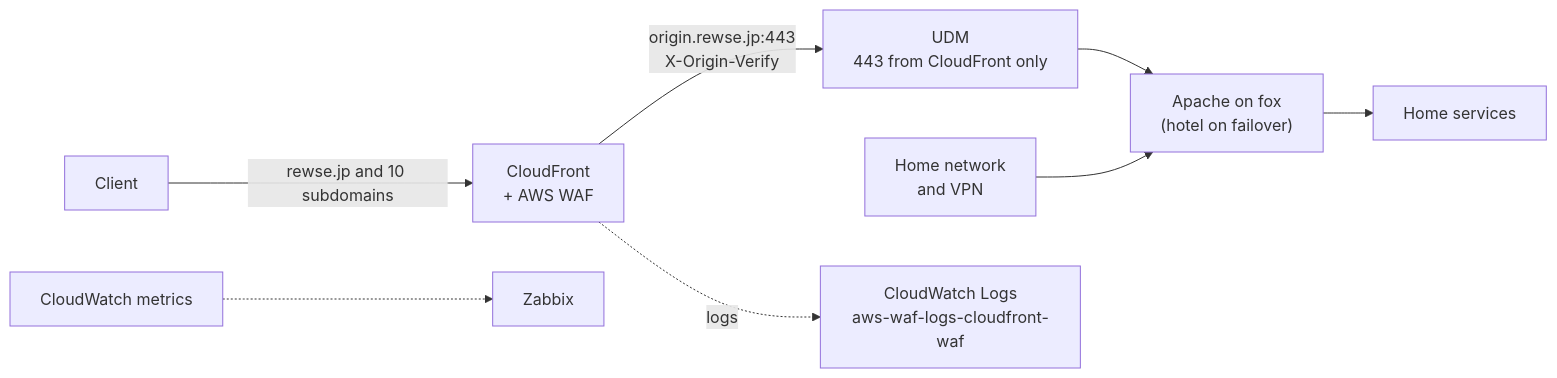
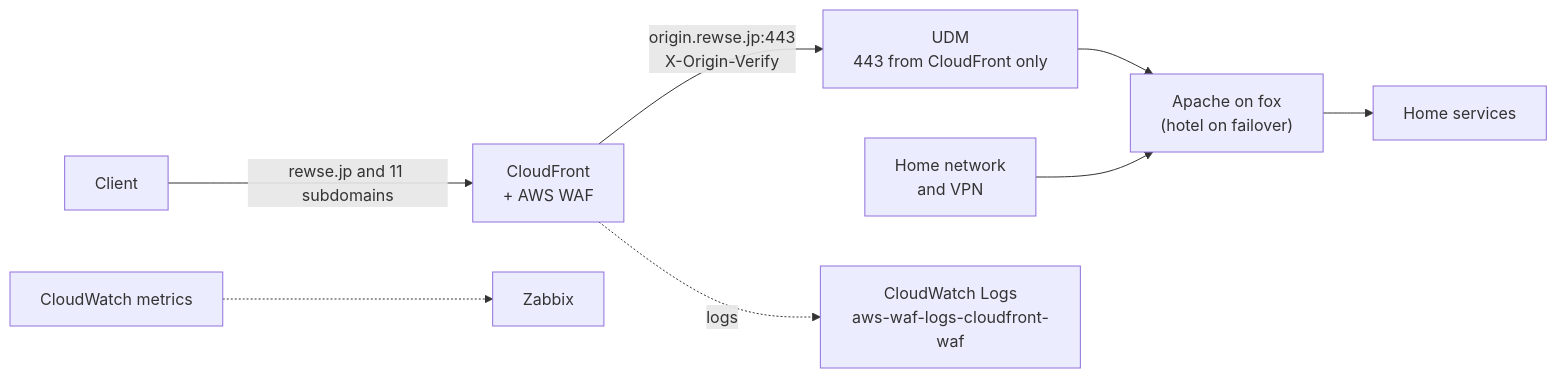
Before and after one commit to rewse/cloudfront-waf: the diagram in README.md, drawn with Mermaid. The commit also changed other lines of this file and 5 other files, not shown here.

First line of the commit message:
feat: serve expense.rewse.jp through CloudFront

````diff
--- a/README.md
+++ b/README.md
@@ -7,10 +7,10 @@
 ```mermaid
 flowchart LR
-  client[Client] -->|"rewse.jp and 10 subdomains"| cf["CloudFront<br/>+ AWS WAF"]
+  client[Client] -->|"rewse.jp and 11 subdomains"| cf["CloudFront<br/>+ AWS WAF"]
   cf -->|"origin.rewse.jp:443<br/>X-Origin-Verify"| udm["UDM<br/>443 from CloudFront only"]
   udm --> apache["Apache on fox<br/>(hotel on failover)"]
   apache --> apps[Home services]
   home["Home network<br/>and VPN"] --> apache
   cf -.->|logs| logs["CloudWatch Logs<br/>aws-waf-logs-cloudfront-waf"]
   cw[CloudWatch metrics] -.-> zabbix[Zabbix]
 ```
````
